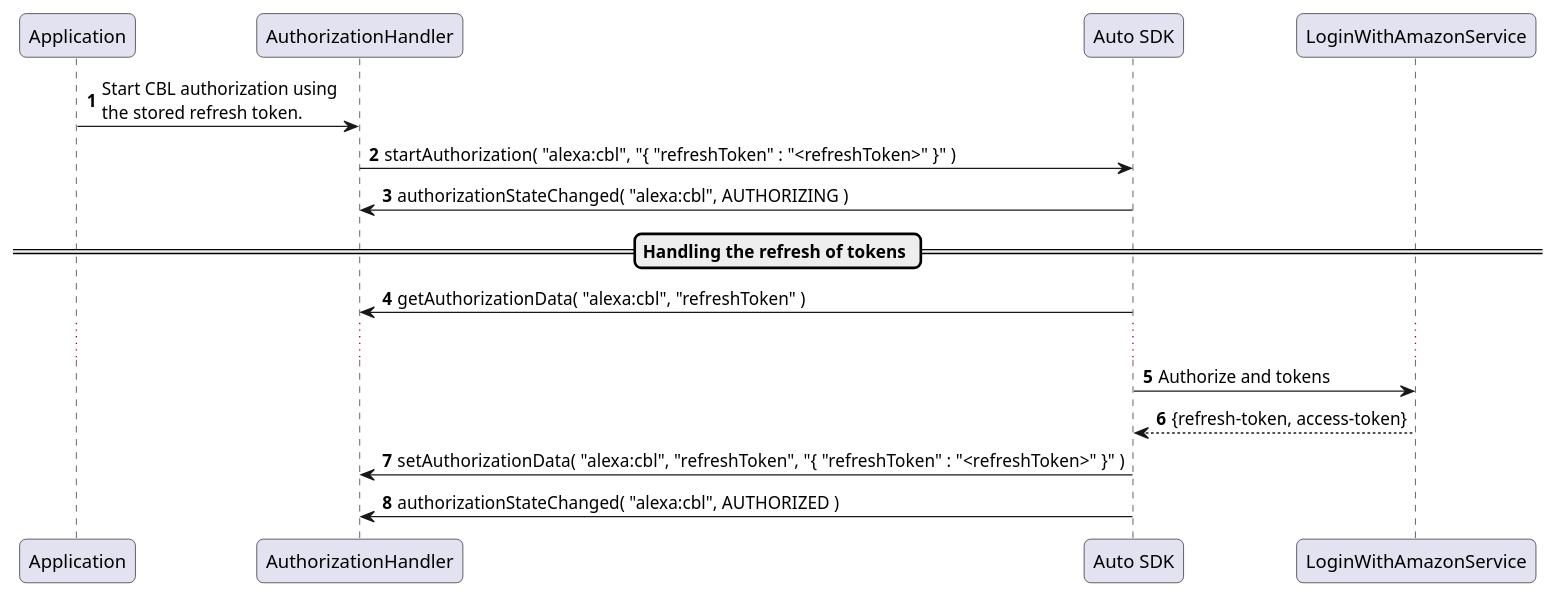
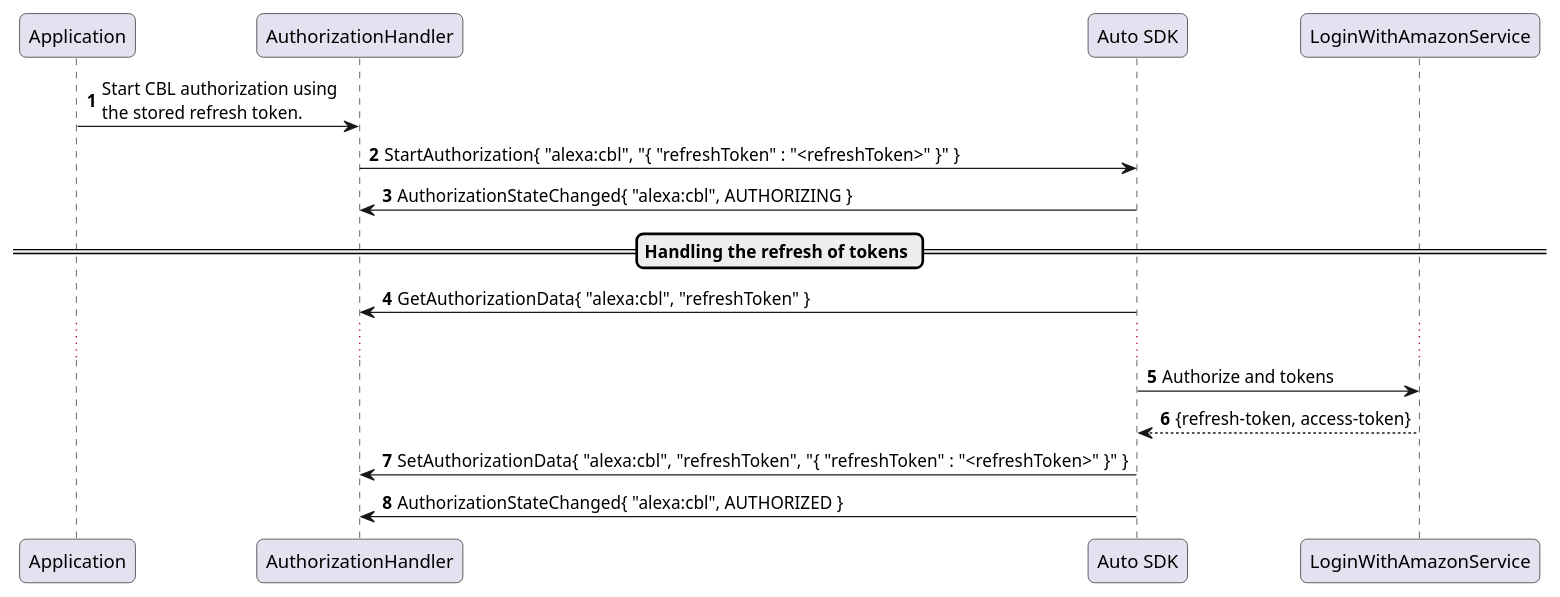
One commit to alexa/alexa-auto-sdk changed the diagram in modules/cbl/docs/diagrams/src/cbl-refresh-sequence.plantuml. Above: the diagram before and after it, drawn with PlantUML. The commit also changed 3441 other files, not shown here.

First line of the commit message:
Version 4.3.0 Alexa Auto SDK

```diff
--- a/modules/cbl/docs/diagrams/src/cbl-refresh-sequence.plantuml
+++ b/modules/cbl/docs/diagrams/src/cbl-refresh-sequence.plantuml
@@ -1,23 +1,23 @@
 @startuml
 
 skinparam roundcorner 10
 autonumber
 participant Application  order 20
 participant AuthorizationHandler  order 30
 participant "Auto SDK" as AutoSDK  order 40
 participant LoginWithAmazonService order 50
 
 Application -> AuthorizationHandler : Start CBL authorization using\nthe stored refresh token.
-AuthorizationHandler -> AutoSDK : startAuthorization( "alexa:cbl", "{ "refreshToken" : "<refreshToken>" }" )
-AutoSDK -> AuthorizationHandler : authorizationStateChanged( "alexa:cbl", AUTHORIZING )
+AuthorizationHandler -> AutoSDK : StartAuthorization{ "alexa:cbl", "{ "refreshToken" : "<refreshToken>" }" }
+AutoSDK -> AuthorizationHandler : AuthorizationStateChanged{ "alexa:cbl", AUTHORIZING }
 
 == Handling the refresh of tokens ==
-AutoSDK -> AuthorizationHandler : getAuthorizationData( "alexa:cbl", "refreshToken" )
+AutoSDK -> AuthorizationHandler : GetAuthorizationData{ "alexa:cbl", "refreshToken" }
 ...
 AutoSDK->LoginWithAmazonService: Authorize and tokens
 LoginWithAmazonService-->AutoSDK: {refresh-token, access-token}
-AutoSDK -> AuthorizationHandler : setAuthorizationData( "alexa:cbl", "refreshToken", "{ "refreshToken" : "<refreshToken>" }" )
+AutoSDK -> AuthorizationHandler : SetAuthorizationData{ "alexa:cbl", "refreshToken", "{ "refreshToken" : "<refreshToken>" }" }
 
-AutoSDK -> AuthorizationHandler : authorizationStateChanged( "alexa:cbl", AUTHORIZED )
+AutoSDK -> AuthorizationHandler : AuthorizationStateChanged{ "alexa:cbl", AUTHORIZED }
 
 @enduml
```
